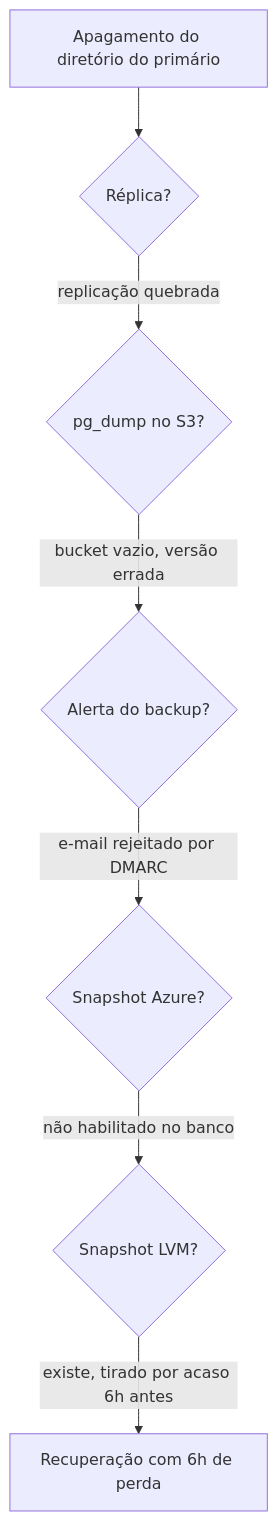
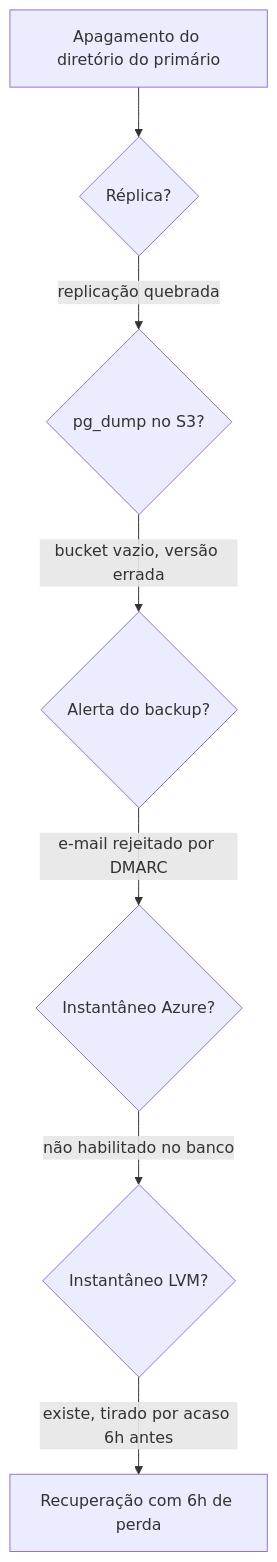
One commit to marco-mendes/arquitetura-software changed the diagram in docs/modulo-6-nuvem/casos-reais.md. Above: the diagram before and after it, drawn with Mermaid. The commit also changed other lines of this file and 5 other files, not shown here.

````diff
--- a/docs/modulo-6-nuvem/casos-reais.md
+++ b/docs/modulo-6-nuvem/casos-reais.md
@@ -49,9 +49,9 @@
 ```mermaid
 flowchart TB
     A[Apagamento do diretório do primário] --> B{Réplica?}
     B -- replicação quebrada --> C{pg_dump no S3?}
     C -- bucket vazio, versão errada --> D{Alerta do backup?}
-    D -- e-mail rejeitado por DMARC --> E{Snapshot Azure?}
-    E -- não habilitado no banco --> F{Snapshot LVM?}
+    D -- e-mail rejeitado por DMARC --> E{Instantâneo Azure?}
+    E -- não habilitado no banco --> F{Instantâneo LVM?}
     F -- existe, tirado por acaso 6h antes --> G[Recuperação com 6h de perda]
 ```
````
